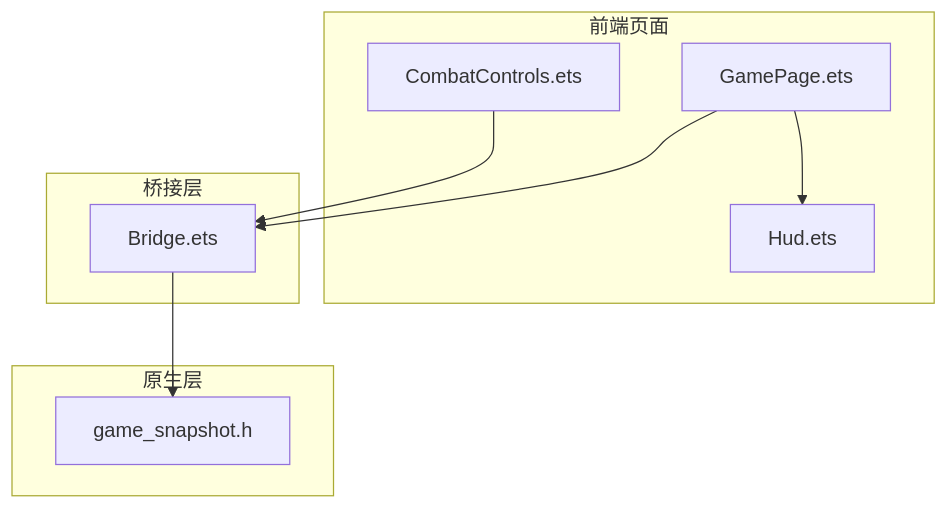
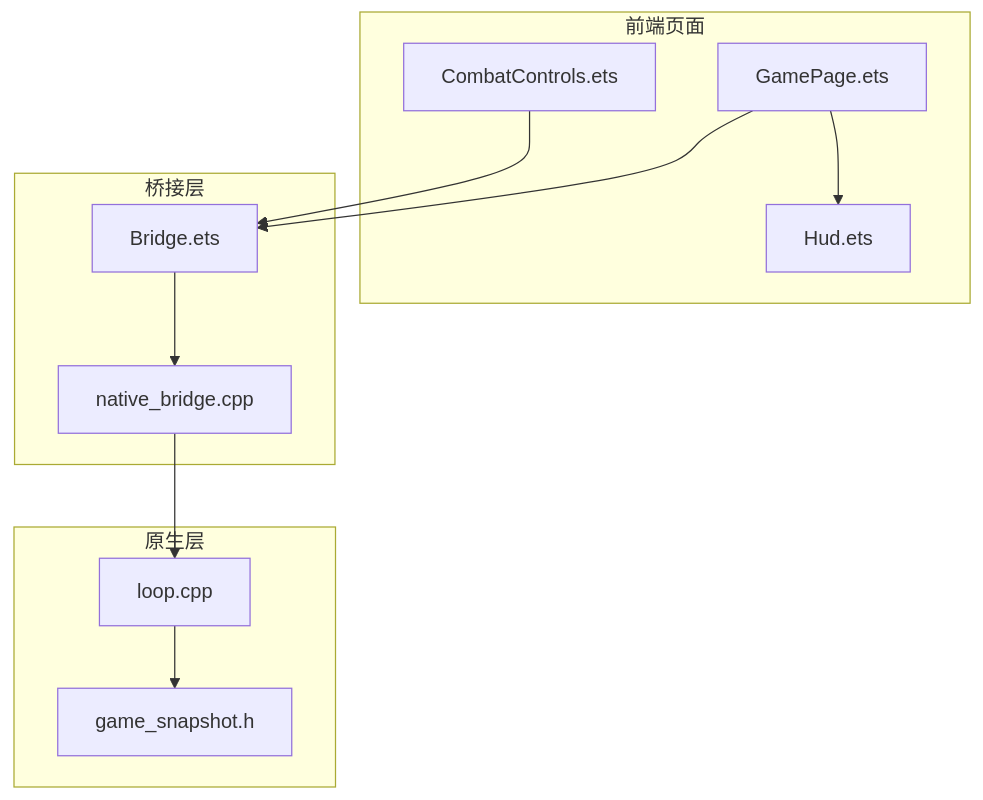
Before and after one commit to sj123sheng/my-world: the first of 6 diagrams in .qoder/repowiki/zh/content/前端界面系统/UI 组件系统/Hud 组件.md, drawn with Mermaid. The commit also changed other lines of this file and 160 other files, not shown here.

````diff
--- a/.qoder/repowiki/zh/content/前端界面系统/UI 组件系统/Hud 组件.md
+++ b/.qoder/repowiki/zh/content/前端界面系统/UI 组件系统/Hud 组件.md
@@ -30,18 +41,22 @@
 ```mermaid
 graph TB
 subgraph "前端页面"
 GP["GamePage.ets"]
 HUD["Hud.ets"]
 CC["CombatControls.ets"]
 end
 subgraph "桥接层"
 BR["Bridge.ets"]
+NB["native_bridge.cpp"]
 end
 subgraph "原生层"
 GS["game_snapshot.h"]
+LOOP["loop.cpp"]
 end
 GP --> BR
 GP --> HUD
 CC --> BR
-BR --> GS
+BR --> NB
+NB --> LOOP
+LOOP --> GS
 ```
````
